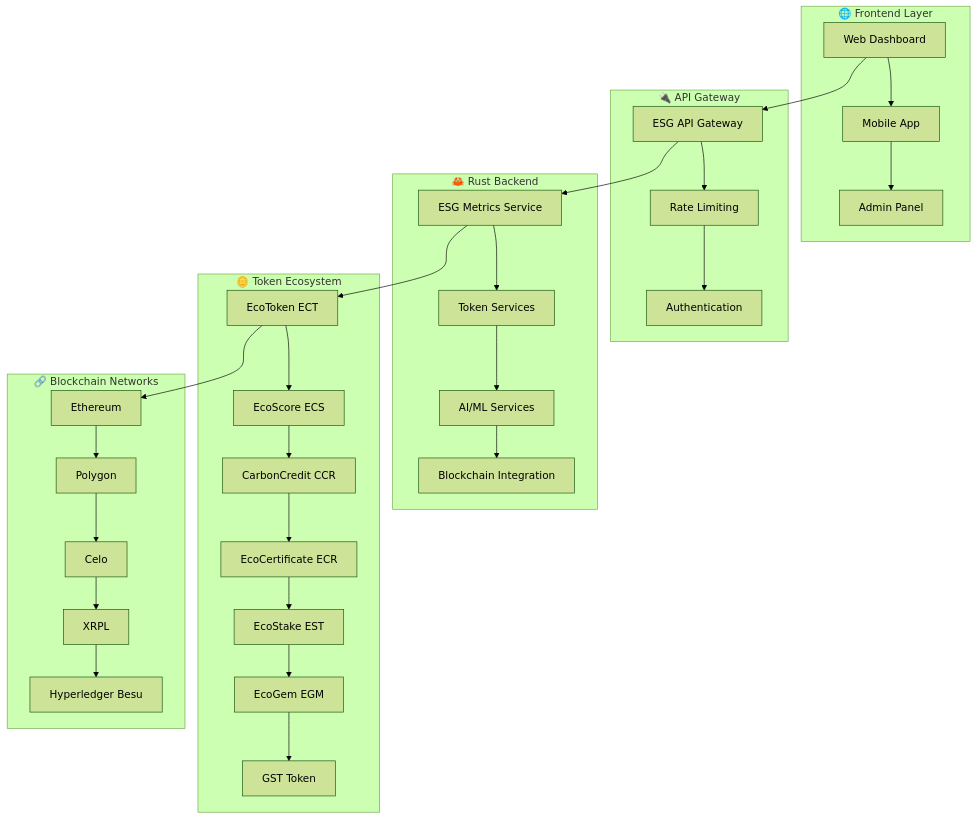
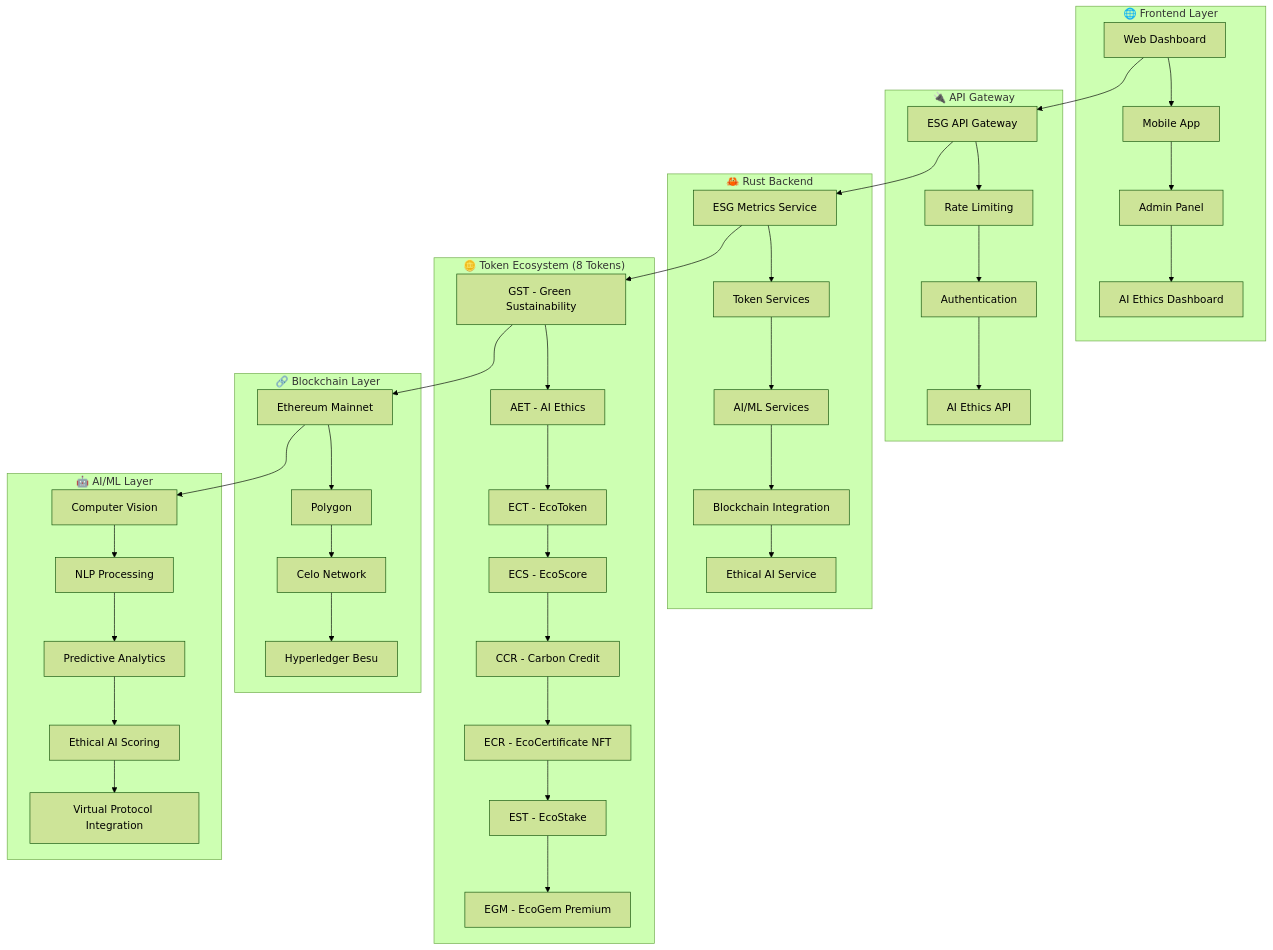
Before and after one commit to SH1W4/ecosystem-degov: the diagram in README.md, drawn with Mermaid (forest theme). The commit also changed other lines of this file and 32 other files, not shown here.

````diff
--- a/README.md
+++ b/README.md
@@ -32,39 +33,50 @@
 ```mermaid
 graph TB
     subgraph "🌐 Frontend Layer"
         A[Web Dashboard] --> B[Mobile App]
         B --> C[Admin Panel]
+        C --> D[AI Ethics Dashboard]
     end
     
     subgraph "🔌 API Gateway"
-        D[ESG API Gateway] --> E[Rate Limiting]
-        E --> F[Authentication]
+        E[ESG API Gateway] --> F[Rate Limiting]
+        F --> G[Authentication]
+        G --> H[AI Ethics API]
     end
     
     subgraph "🦀 Rust Backend"
-        G[ESG Metrics Service] --> H[Token Services]
-        H --> I[AI/ML Services]
-        I --> J[Blockchain Integration]
+        I[ESG Metrics Service] --> J[Token Services]
+        J --> K[AI/ML Services]
+        K --> L[Blockchain Integration]
+        L --> M[Ethical AI Service]
     end
     
-    subgraph "🪙 Token Ecosystem"
-        K[EcoToken ECT] --> L[EcoScore ECS]
-        L --> M[CarbonCredit CCR]
-        M --> N[EcoCertificate ECR]
-        N --> O[EcoStake EST]
-        O --> P[EcoGem EGM]
-        P --> Q[GST Token]
+    subgraph "🪙 Token Ecosystem (8 Tokens)"
+        N[GST - Green Sustainability] --> O[AET - AI Ethics]
+        O --> P[ECT - EcoToken]
+        P --> Q[ECS - EcoScore]
+        Q --> R[CCR - Carbon Credit]
+        R --> S[ECR - EcoCertificate NFT]
+        S --> T[EST - EcoStake]
+        T --> U[EGM - EcoGem Premium]
     end
     
-    subgraph "🔗 Blockchain Networks"
-        R[Ethereum] --> S[Polygon]
-        S --> T[Celo]
-        T --> U[XRPL]
-        U --> V[Hyperledger Besu]
+    subgraph "🔗 Blockchain Layer"
+        V[Ethereum Mainnet] --> W[Polygon]
+        W --> X[Celo Network]
+        X --> Y[Hyperledger Besu]
     end
     
-    A --> D
-    D --> G
-    G --> K
-    K --> R
+    subgraph "🤖 AI/ML Layer"
+        Z[Computer Vision] --> AA[NLP Processing]
+        AA --> BB[Predictive Analytics]
+        BB --> CC[Ethical AI Scoring]
+        CC --> DD[Virtual Protocol Integration]
+    end
+    
+    A --> E
+    E --> I
+    I --> N
+    N --> V
+    V --> Z
 ```
````
